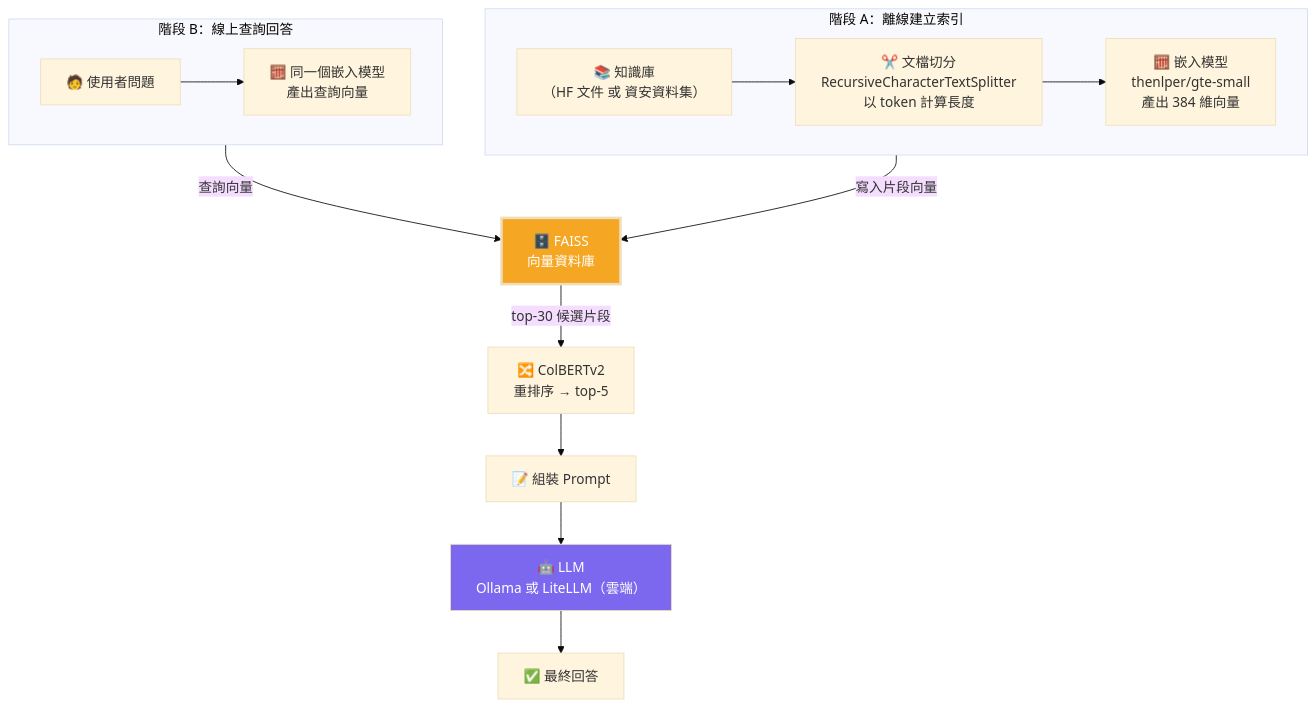
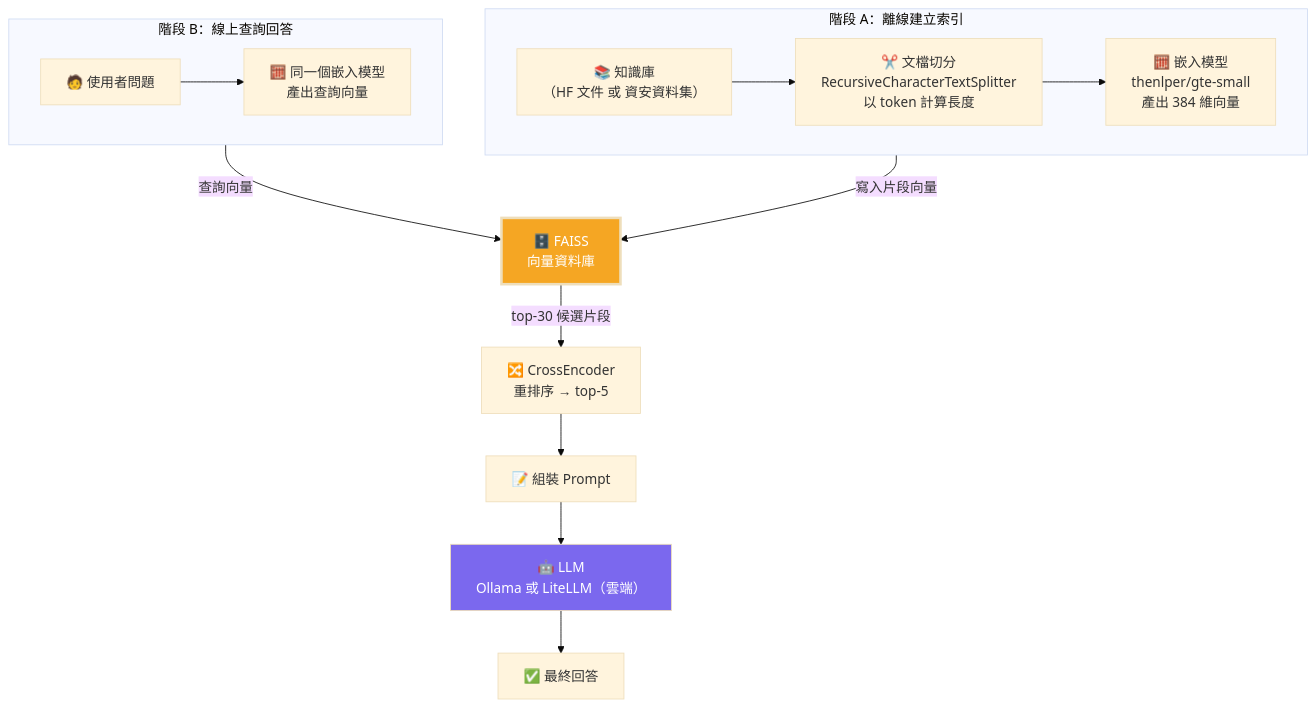
Before and after one commit to JoeW00/week6-advanced-rag: the first of 4 diagrams in docs/RAG_SDD.md, drawn with Mermaid (base theme). The commit also changed other lines of this file and 5 other files, not shown here.

````diff
--- a/docs/RAG_SDD.md
+++ b/docs/RAG_SDD.md
@@ -51,28 +51,28 @@
 ```mermaid
 flowchart TD
     subgraph "階段 A：離線建立索引"
         direction LR
         A1["📚 知識庫\n（HF 文件 或 資安資料集）"]
         A2["✂️ 文檔切分\nRecursiveCharacterTextSplitter\n以 token 計算長度"]
         A3["🧮 嵌入模型\nthenlper/gte-small\n產出 384 維向量"]
         A1 --> A2 --> A3
     end
 
     A3 -->|"寫入片段向量"| DB["🗄️ FAISS\n向量資料庫"]
 
     subgraph "階段 B：線上查詢回答"
         direction LR
         B1["🧑 使用者問題"]
         B2["🧮 同一個嵌入模型\n產出查詢向量"]
         B1 --> B2
     end
 
     B2 -->|"查詢向量"| DB
-    DB -->|"top-30 候選片段"| B3["🔀 ColBERTv2\n重排序 → top-5"]
+    DB -->|"top-30 候選片段"| B3["🔀 CrossEncoder\n重排序 → top-5"]
     B3 --> B4["📝 組裝 Prompt"]
     B4 --> B5["🤖 LLM\nOllama 或 LiteLLM（雲端）"]
     B5 --> B6["✅ 最終回答"]
 
     style DB fill:#F5A623,color:#fff,stroke-width:3px
     style B5 fill:#7B68EE,color:#fff
 ```
````
